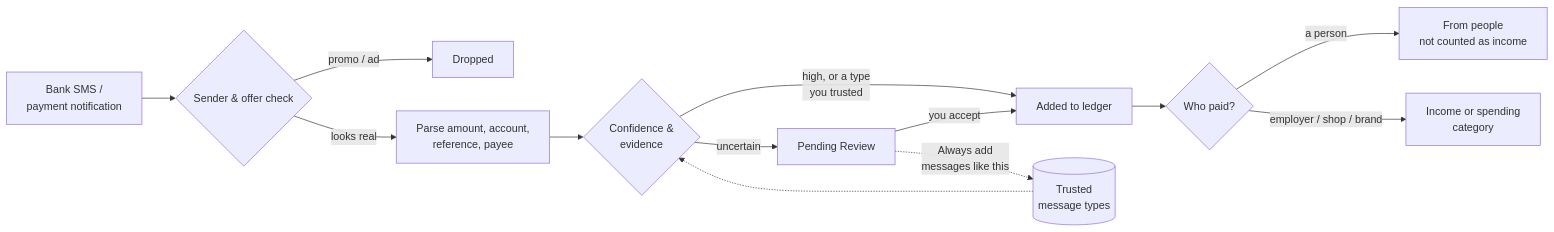
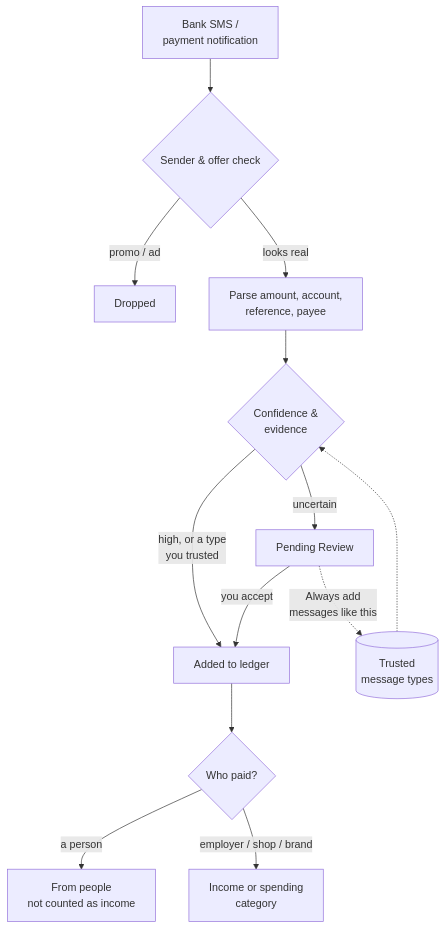
The diagram in README.md (psuvraneel-cyber/Personal-Expense-Tracker), drawn with Mermaid before and after one commit.

Commit message:
Draw the SMS pipeline diagram top-down so it stays readable

````diff
--- a/README.md
+++ b/README.md
@@ -70,15 +70,15 @@
 ```mermaid
-flowchart LR
+flowchart TD
     A[Bank SMS /<br/>payment notification] --> B{Sender & offer check}
     B -- promo / ad --> X[Dropped]
     B -- looks real --> C[Parse amount, account,<br/>reference, payee]
     C --> D{Confidence &<br/>evidence}
     D -- high, or a type<br/>you trusted --> E[Added to ledger]
     D -- uncertain --> F[Pending Review]
     F -- you accept --> E
     F -. "Always add<br/>messages like this" .-> T[(Trusted<br/>message types)]
     T -.-> D
     E --> G{Who paid?}
     G -- a person --> H[From people<br/>not counted as income]
     G -- employer / shop / brand --> I[Income or spending<br/>category]
 ```
````
